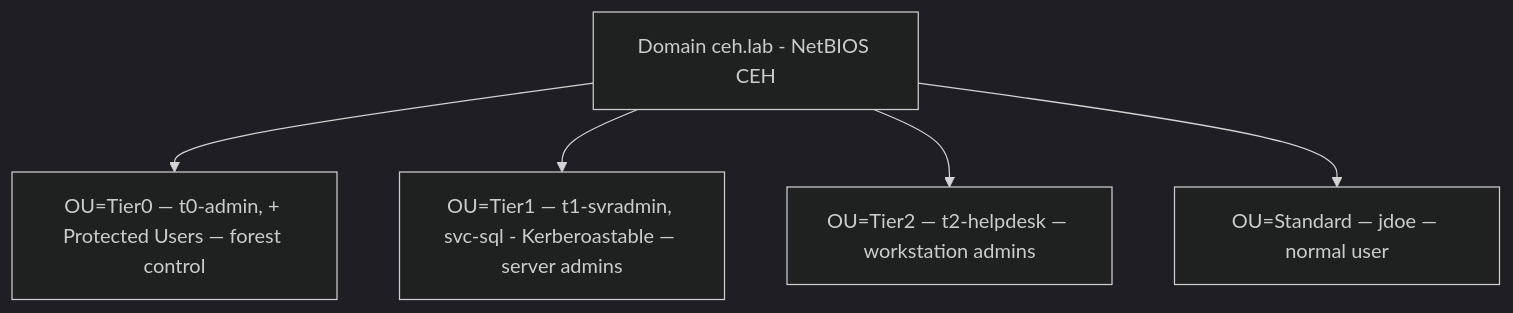
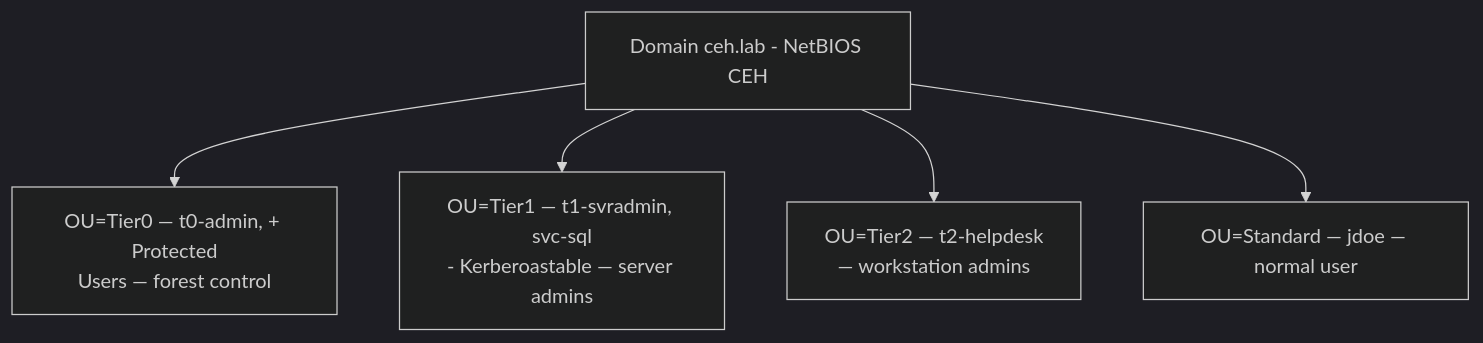
One commit to morandeirachema/CyberCerts changed the diagram in certs/ceh/labs/ansible/README.md. Above: the diagram before and after it, drawn with Mermaid (dark theme). The commit also changed 106 other files, not shown here.

````diff
--- a/certs/ceh/labs/ansible/README.md
+++ b/certs/ceh/labs/ansible/README.md
@@ -45,12 +45,12 @@
 ```mermaid
 flowchart TD
     D["Domain ceh.lab - NetBIOS CEH"]
-    T0["OU=Tier0 — t0-admin, + Protected Users — forest control"]
-    T1["OU=Tier1 — t1-svradmin, svc-sql - Kerberoastable — server admins"]
-    T2["OU=Tier2 — t2-helpdesk — workstation admins"]
+    T0["OU=Tier0 — t0-admin, + Protected<br/>Users — forest control"]
+    T1["OU=Tier1 — t1-svradmin, svc-sql<br/>- Kerberoastable — server admins"]
+    T2["OU=Tier2 — t2-helpdesk<br/>— workstation admins"]
     STD["OU=Standard — jdoe — normal user"]
     D --> T0
     D --> T1
     D --> T2
     D --> STD
 ```
````
